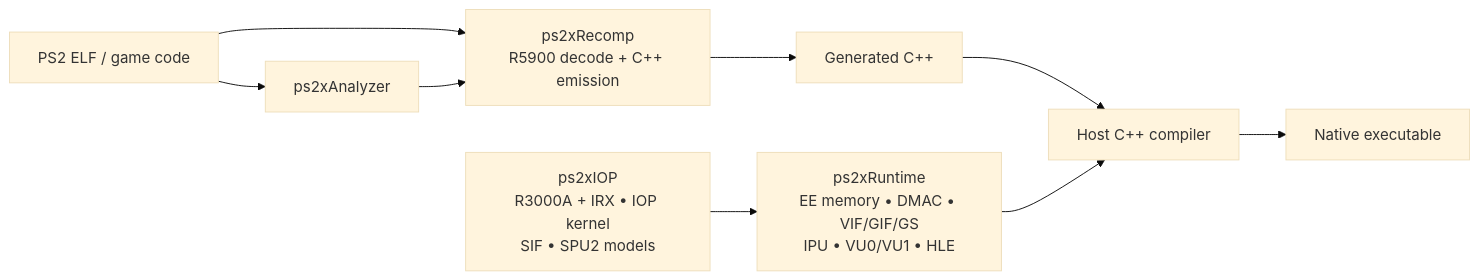
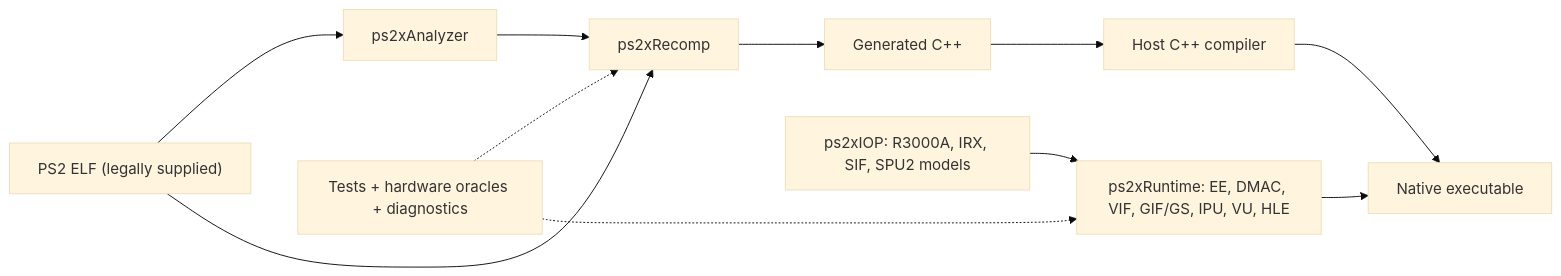
The diagram in README.md (m7kor/Zmbor), drawn with Mermaid (base theme) before and after one commit. The commit also changed other lines of this file and 10 other files, not shown here.

````diff
--- a/README.md
+++ b/README.md
@@ -73,11 +44,13 @@
 ```mermaid
 flowchart LR
-    ELF["PS2 ELF / game code"] --> Analyzer["ps2xAnalyzer"]
-    ELF --> Recomp["ps2xRecomp<br/>R5900 decode + C++ emission"]
+    ELF["PS2 ELF (legally supplied)"] --> Analyzer["ps2xAnalyzer"]
+    ELF --> Recomp["ps2xRecomp"]
     Analyzer --> Recomp
-    Recomp --> Generated["Generated C++"]
-    Generated --> Host["Host C++ compiler"]
-    Runtime["ps2xRuntime<br/>EE memory • DMAC • VIF/GIF/GS<br/>IPU • VU0/VU1 • HLE"] --> Host
-    IOP["ps2xIOP<br/>R3000A + IRX • IOP kernel<br/>SIF • SPU2 models"] --> Runtime
-    Host --> Native["Native executable"]
+    Recomp --> CPP["Generated C++"]
+    CPP --> Host["Host C++ compiler"]
+    Runtime["ps2xRuntime: EE, DMAC, VIF, GIF/GS, IPU, VU, HLE"] --> Native["Native executable"]
+    IOP["ps2xIOP: R3000A, IRX, SIF, SPU2 models"] --> Runtime
+    Host --> Native
+    Tools["Tests + hardware oracles + diagnostics"] -.-> Recomp
+    Tools -.-> Runtime
 ```
````
